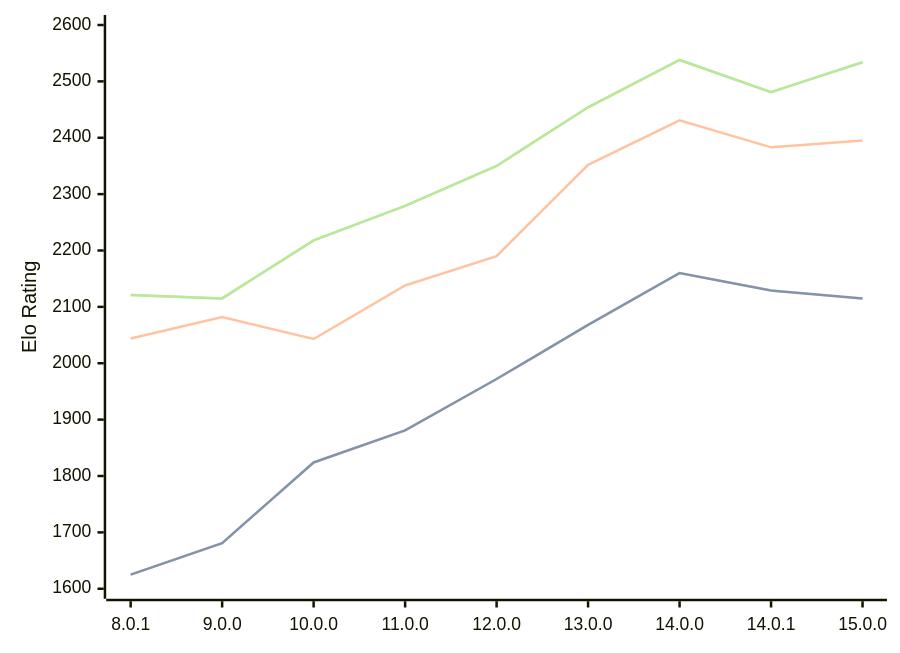
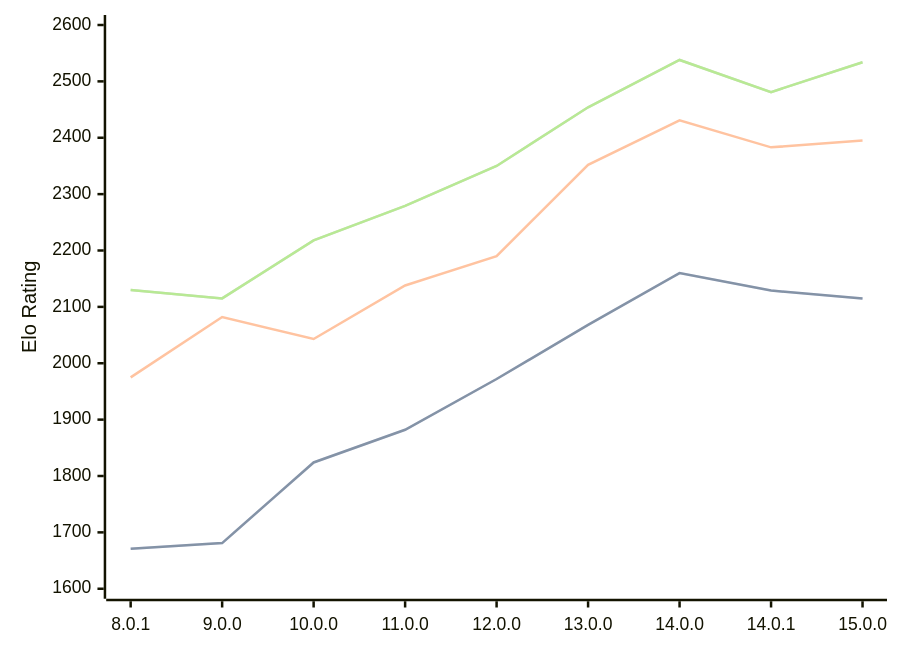
The diagram in engines/Cepimetheus.md (computer-chess-index/cci), drawn with Mermaid before and after one commit. The commit also changed other lines of this file, not shown here.

Commit message:
Update CCI Ratings (ELO VLTC) - 2026-08-24

````diff
--- a/engines/Cepimetheus.md
+++ b/engines/Cepimetheus.md
@@ -66,11 +66,11 @@
 ```mermaid
 %%{init: {"theme":"base","themeVariables":{"seriesColors:['#a3a3a3','#222221','#faa371']}}}%%
 xychart-beta
   x-axis ["8.0.1", "9.0.0", "10.0.0", "11.0.0", "12.0.0", "13.0.0", "14.0.0", "14.0.1", "15.0.0"]
   y-axis "Elo Rating" 1600 --> 2600
-  line "STC (8.0+0.08s)" [1625, 1681, 1824, 1881, 1972, 2068, 2160, 2129, 2115]
-  line "STC (8.0+0.08s)" [1625, 1681, 1824, 1881, 1972, 2068, 2160, 2129, 2115]
-  line "LTC (60.0+0.60s)" [2044, 2082, 2043, 2138, 2190, 2352, 2431, 2383, 2395]
-  line "VLTC (2m24s+1.12s)" [2121, 2115, 2218, 2279, 2350, 2454, 2538, 2481, 2534]
-  line "VLTC (2m24s+1.12s)" [2121, 2115, 2218, 2279, 2350, 2454, 2538, 2481, 2534]
+  line "STC (8.0+0.08s)" [1671, 1681, 1824, 1882, 1972, 2068, 2160, 2129, 2115]
+  line "STC (8.0+0.08s)" [1671, 1681, 1824, 1882, 1972, 2068, 2160, 2129, 2115]
+  line "LTC (60.0+0.60s)" [1975, 2082, 2043, 2138, 2190, 2352, 2431, 2383, 2395]
+  line "VLTC (2m24s+1.12s)" [2130, 2115, 2218, 2279, 2350, 2454, 2538, 2481, 2534]
+  line "VLTC (2m24s+1.12s)" [2130, 2115, 2218, 2279, 2350, 2454, 2538, 2481, 2534]
 ```
````
